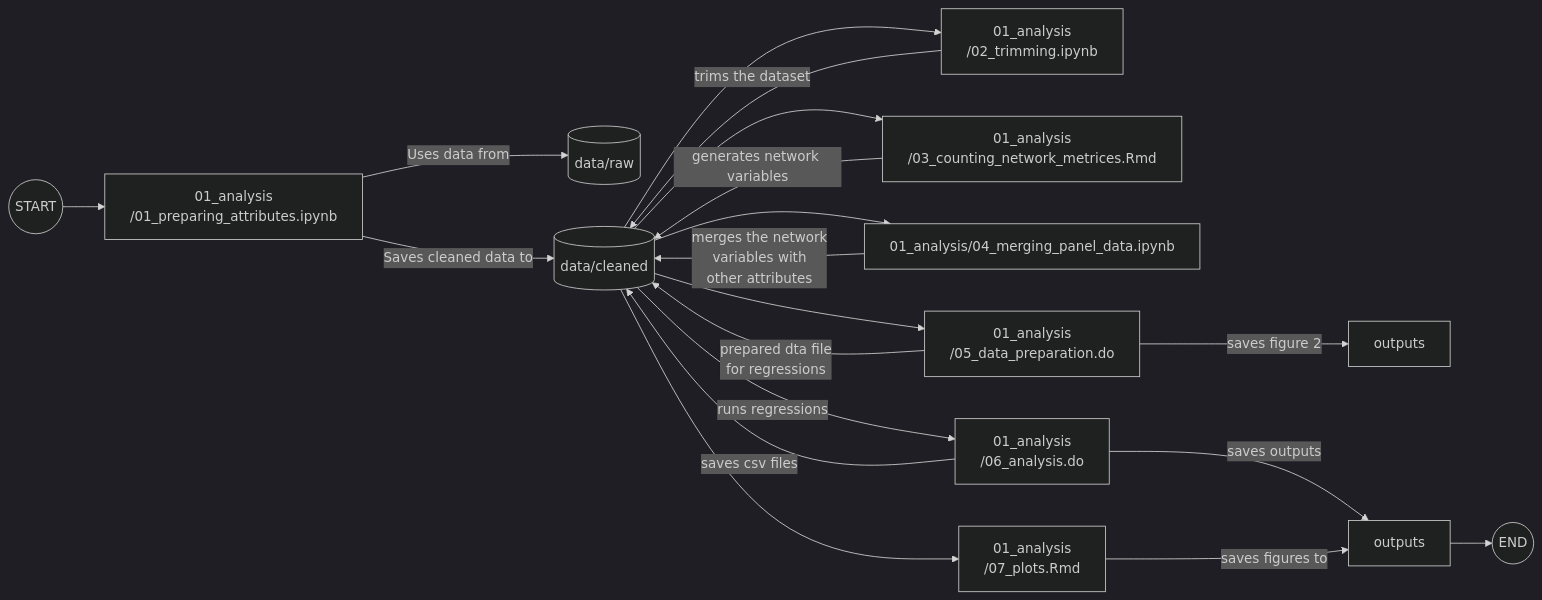
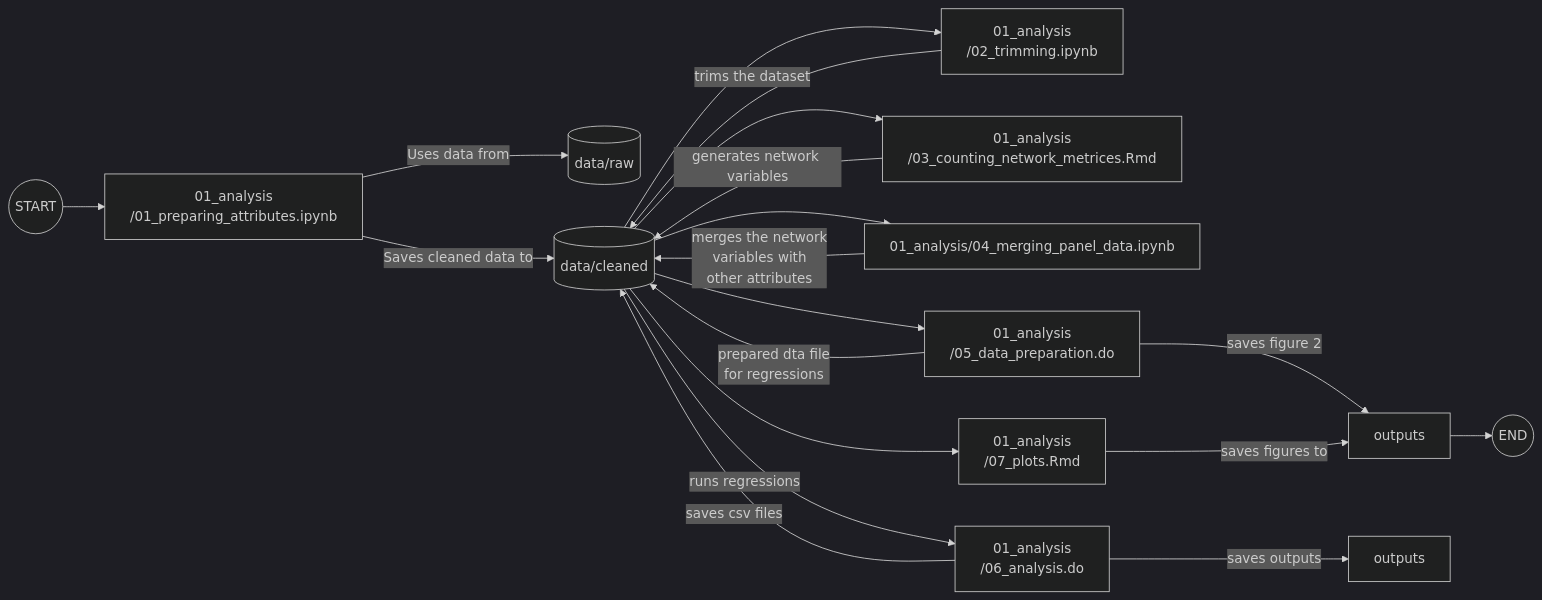
One commit to TAD600/Population_Migration_Network changed the diagram in README.md. Above: the diagram before and after it, drawn with Mermaid (dark theme).

````diff
--- a/README.md
+++ b/README.md
@@ -13,21 +13,21 @@
 ```mermaid
 flowchart LR
     A((START)) --> B[01_analysis\n/01_preparing_attributes.ipynb]
     B --> |Uses data from| C[(data/raw)]
     B --> |Saves cleaned data to| D[(data/cleaned)]
     D --> E[01_analysis\n/02_trimming.ipynb]
     E --> |trims the dataset|D
     D --> F[01_analysis\n/03_counting_network_metrices.Rmd]
     F --> |generates network variables|D
     D --> G[01_analysis/04_merging_panel_data.ipynb]
     G --> |merges the network\n variables with\n other attributes|D
     D --> H[01_analysis\n/05_data_preparation.do]
     H --> |prepared dta file\n for regressions|D
     H --> |saves figure 2|I[outputs]
     D --> |runs regressions|J[01_analysis\n/06_analysis.do]
     J -->|saves outputs|K[outputs]
     J --> |saves csv files|D
     D --> L[01_analysis\n/07_plots.Rmd]
-    L --> |saves figures to|K
-    K --> M((END))
+    L --> |saves figures to|I
+    I --> M((END))
 ```
````
